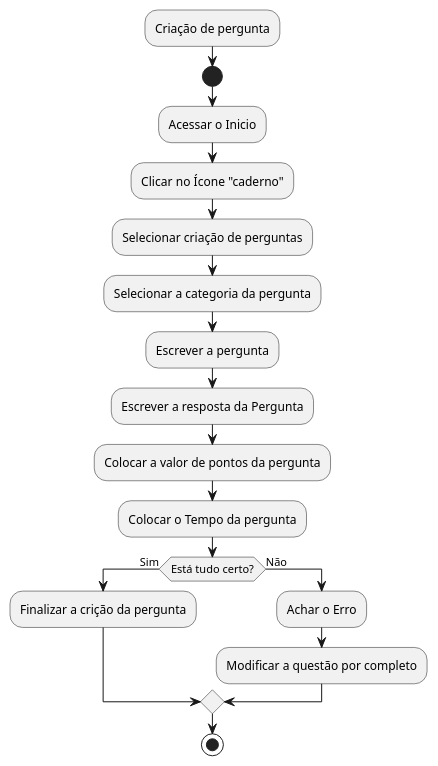
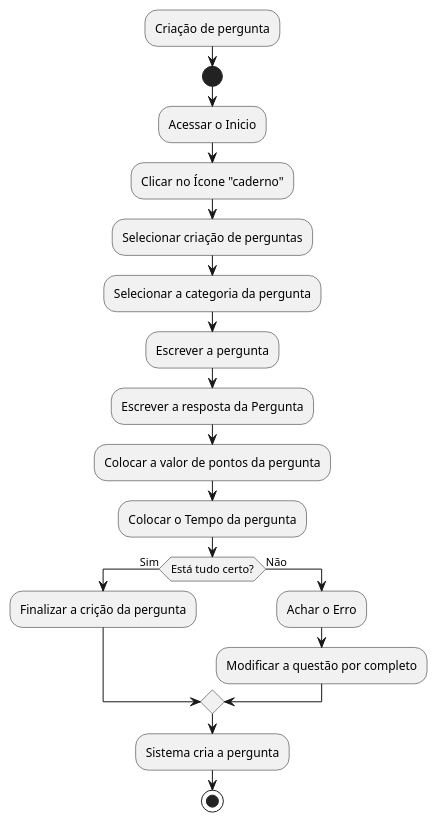
Before and after one commit to julioryanm/P.I.Fatec-1SEM.2024: the diagram in Documentacao/diagrama_atividade/src/criar_pergunta.wsd, drawn with PlantUML. The commit also changed other lines of this file, not shown here.

```diff
--- a/Documentacao/diagrama_atividade/src/criar_pergunta.wsd
+++ b/Documentacao/diagrama_atividade/src/criar_pergunta.wsd
@@ -1,24 +1,25 @@
 @startuml
 :Criação de pergunta;
 start
 :Acessar o Inicio;
 :Clicar no Ícone "caderno";
 :Selecionar criação de perguntas;
 :Selecionar a categoria da pergunta;
 :Escrever a pergunta;
 :Escrever a resposta da Pergunta;
 :Colocar a valor de pontos da pergunta;
 :Colocar o Tempo da pergunta;
 if (Está tudo certo?) then (Sim)
 :Finalizar a crição da pergunta;
 else (Não)
 :Achar o Erro;
 :Modificar a questão por completo;
 
 endif
+:Sistema cria a pergunta;
 stop
   
 
 
 
 @enduml
```
